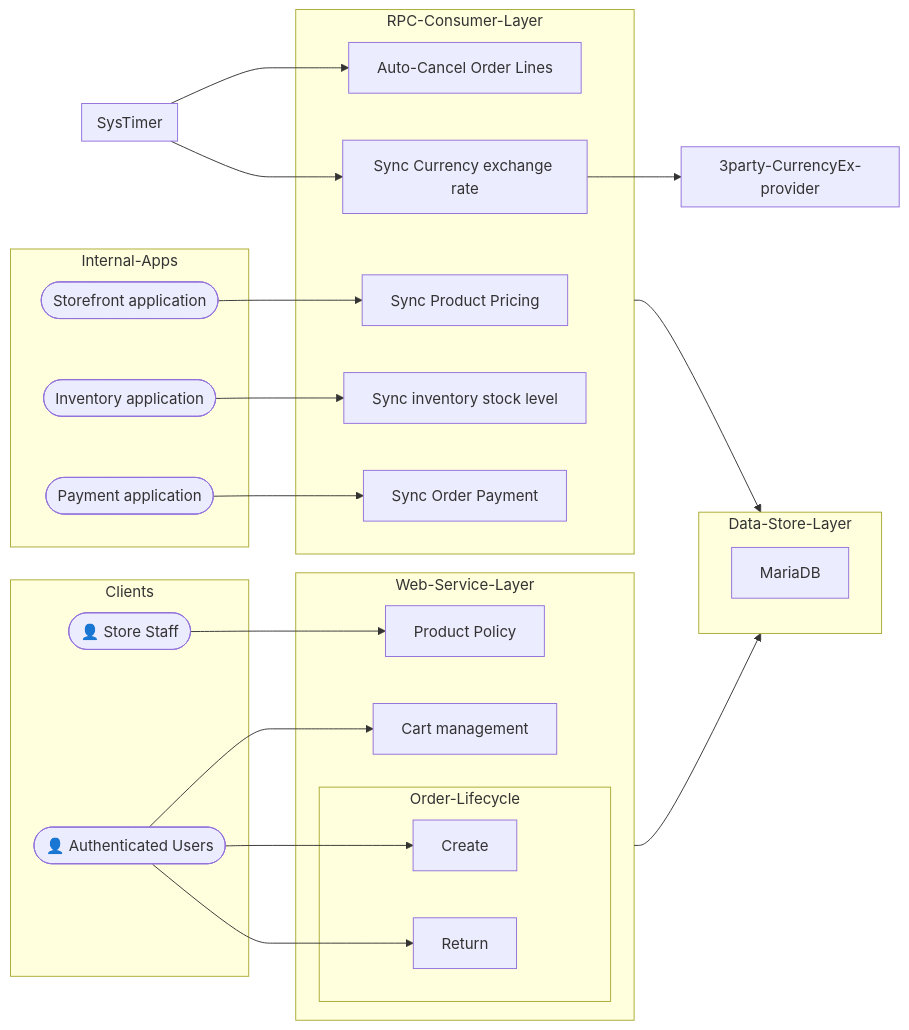
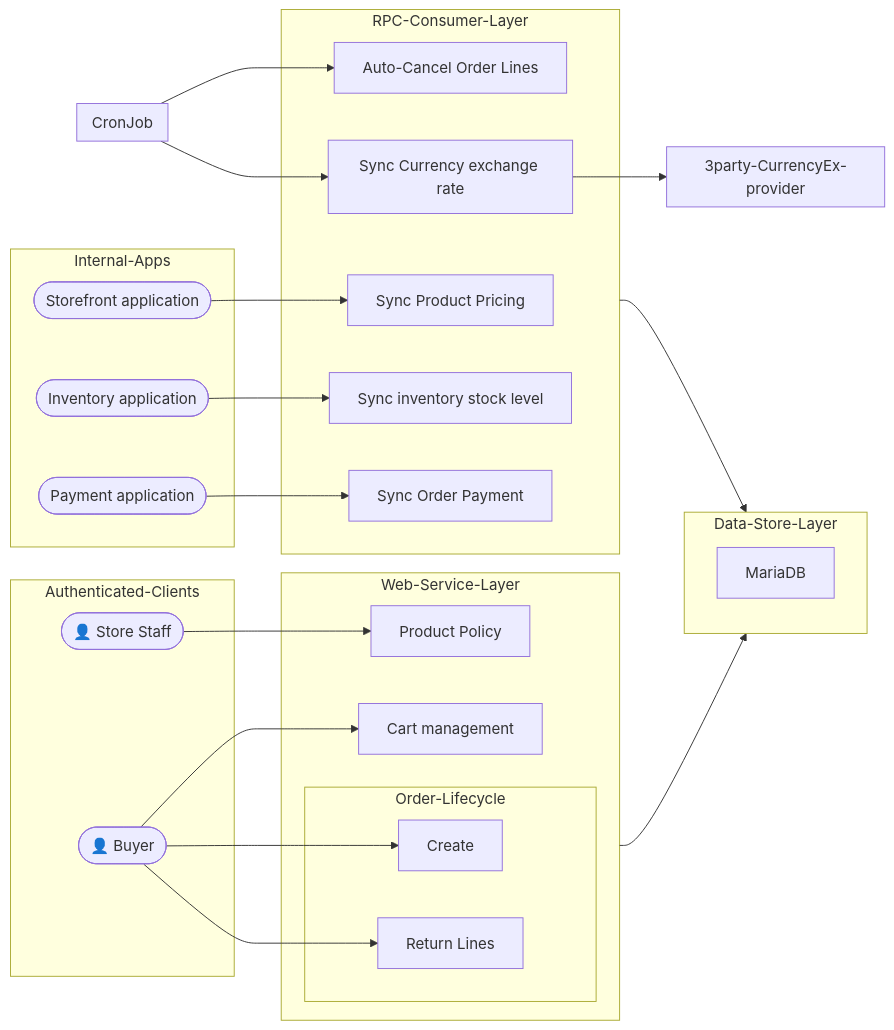
One commit to metalalive/e_commerce changed the diagram in services/order/README.md. Above: the diagram before and after it, drawn with Mermaid. The commit also changed other lines of this file and 2 other files, not shown here.

Commit message:
[order][payment][user-management] doc : update README with brief design description

````diff
--- a/services/order/README.md
+++ b/services/order/README.md
@@ -19,52 +20,52 @@
 ```mermaid
 flowchart LR
-    subgraph Clients
+    subgraph Authenticated-Clients
       STORESTAFF(["👤 Store Staff"])
-      AUTHUSR(["👤 Authenticated Users"])
+      BUYER(["👤 Buyer"])
     end
     subgraph Internal-Apps
       STORE_AP(["Storefront application"])
       IVTRY_AP(["Inventory application"])
       PAYM_AP(["Payment application"])
     end
     
     subgraph RPC-Consumer-Layer
       PRICE_SYNC[Sync Product Pricing]
       STOCKLVL_SYNC[Sync inventory stock level]
       PAYM_SYNC[Sync Order Payment]
       CURREX_SYNC[Sync Currency exchange rate]
       AUTO_CANCEL[Auto-Cancel Order Lines]
     end
 
     subgraph Web-Service-Layer
       PROD_POLICY[Product Policy]
       CART_MGT[Cart management]
       subgraph Order-Lifecycle
         ORDER_CREATE[Create]
-        ORDER_RETURN[Return]
+        ORDER_RETURN[Return Lines]
       end
     end
 
     subgraph Data-Store-Layer
       MARIA[MariaDB]
     end
 
-    subgraph SysTimer
+    subgraph CronJob
     end
 
     subgraph 3party-CurrencyEx-provider
     end
     
     STORESTAFF --> PROD_POLICY
-    AUTHUSR --> CART_MGT
-    AUTHUSR --> ORDER_CREATE
-    AUTHUSR --> ORDER_RETURN
+    BUYER --> CART_MGT
+    BUYER --> ORDER_CREATE
+    BUYER --> ORDER_RETURN
     STORE_AP --> PRICE_SYNC
     IVTRY_AP --> STOCKLVL_SYNC
     PAYM_AP --> PAYM_SYNC
-    SysTimer --> AUTO_CANCEL
-    SysTimer --> CURREX_SYNC
+    CronJob --> AUTO_CANCEL
+    CronJob --> CURREX_SYNC
     CURREX_SYNC --> 3party-CurrencyEx-provider
     RPC-Consumer-Layer --> Data-Store-Layer
     Web-Service-Layer --> Data-Store-Layer
 ```
````
